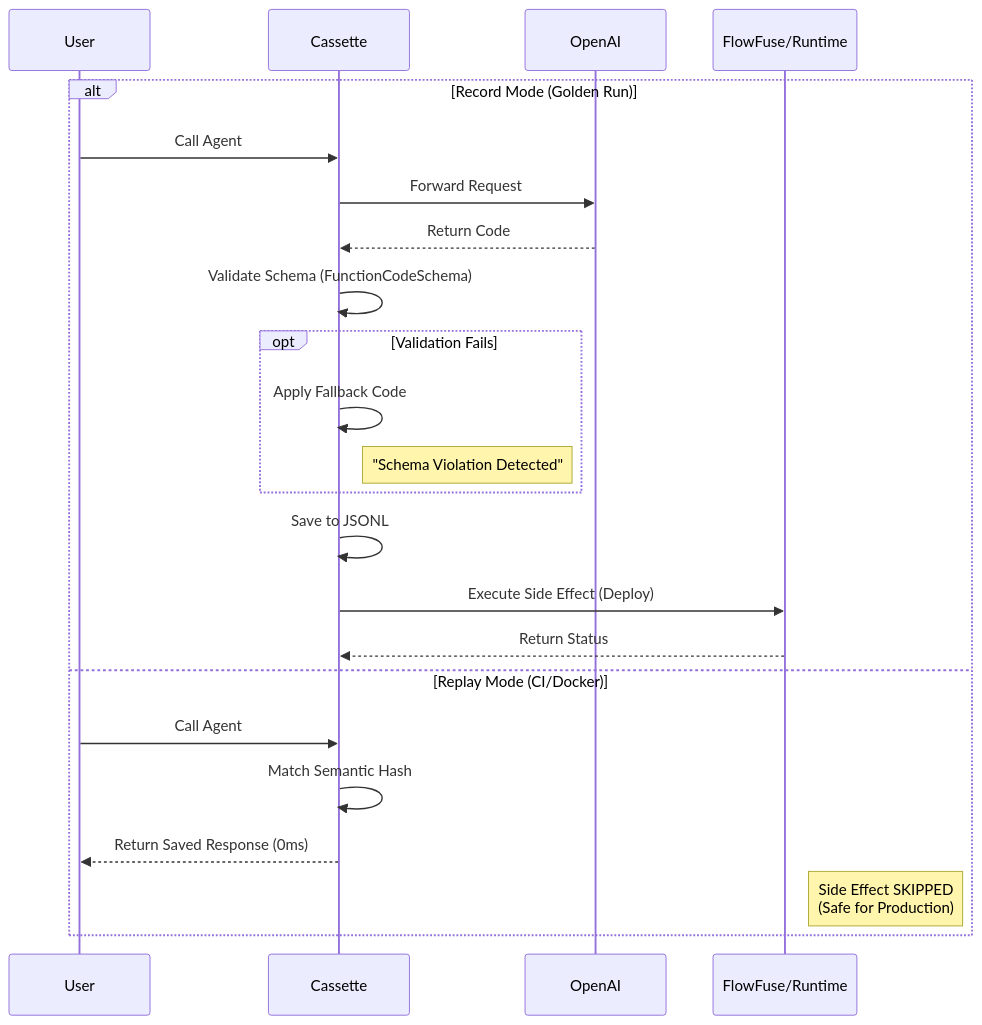
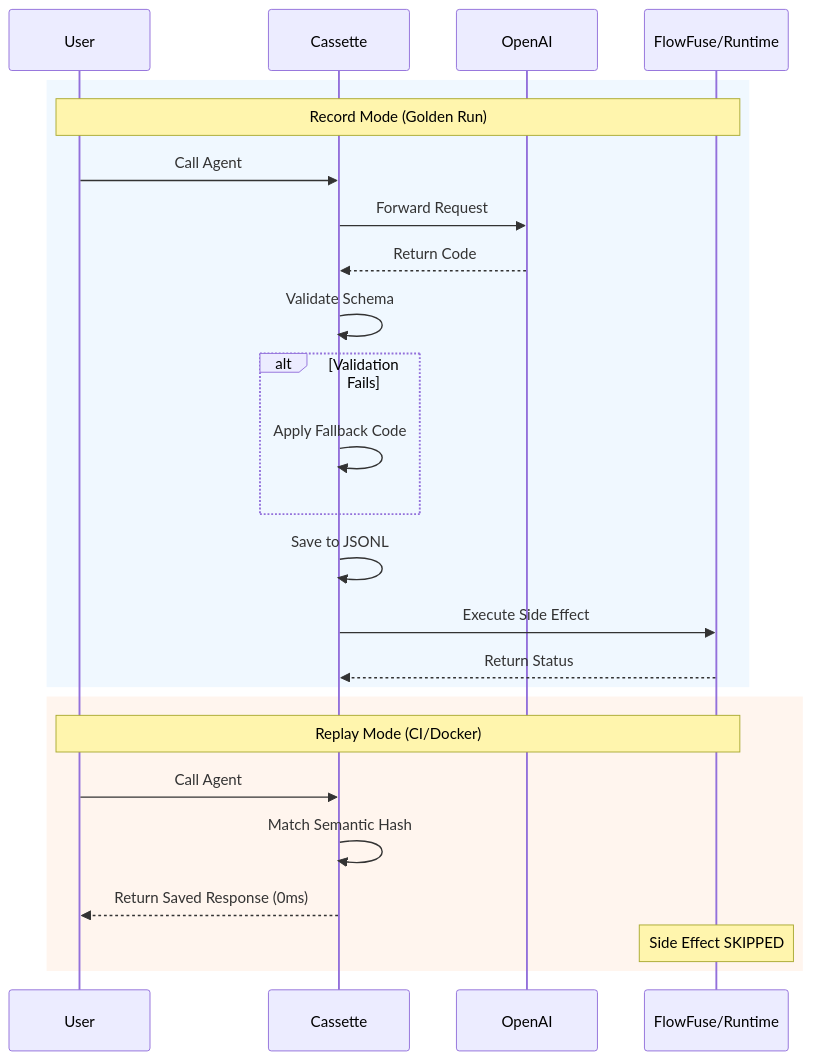
One commit to yuan-cloud/agent-cassette changed the diagram in README.md. Above: the diagram before and after it, drawn with Mermaid. The commit also changed other lines of this file, not shown here.

Commit message:
docs: fix mermaid diagram syntax

````diff
--- a/README.md
+++ b/README.md
@@ -40,28 +40,29 @@
 ```mermaid
 sequenceDiagram
     participant User
     participant Cassette
     participant OpenAI
     participant Runtime as FlowFuse/Runtime
 
-    alt Record Mode (Golden Run)
+    rect rgb(240, 248, 255)
+        Note over User,Runtime: Record Mode (Golden Run)
         User->>Cassette: Call Agent
         Cassette->>OpenAI: Forward Request
         OpenAI-->>Cassette: Return Code
-        Cassette->>Cassette: Validate Schema (FunctionCodeSchema)
+        Cassette->>Cassette: Validate Schema
+        alt Validation Fails
+            Cassette->>Cassette: Apply Fallback Code
+        end
+        Cassette->>Cassette: Save to JSONL
+        Cassette->>Runtime: Execute Side Effect
+        Runtime-->>Cassette: Return Status
+    end
 
-        opt Validation Fails
-            Cassette->>Cassette: Apply Fallback Code
-            Note right of Cassette: "Schema Violation Detected"
-        end
-
-        Cassette->>Cassette: Save to JSONL
-        Cassette->>Runtime: Execute Side Effect (Deploy)
-        Runtime-->>Cassette: Return Status
-    else Replay Mode (CI/Docker)
+    rect rgb(255, 245, 238)
+        Note over User,Runtime: Replay Mode (CI/Docker)
         User->>Cassette: Call Agent
         Cassette->>Cassette: Match Semantic Hash
         Cassette-->>User: Return Saved Response (0ms)
-        Note right of Runtime: Side Effect SKIPPED <br/>(Safe for Production)
+        Note over Runtime: Side Effect SKIPPED
     end
 ```
````
